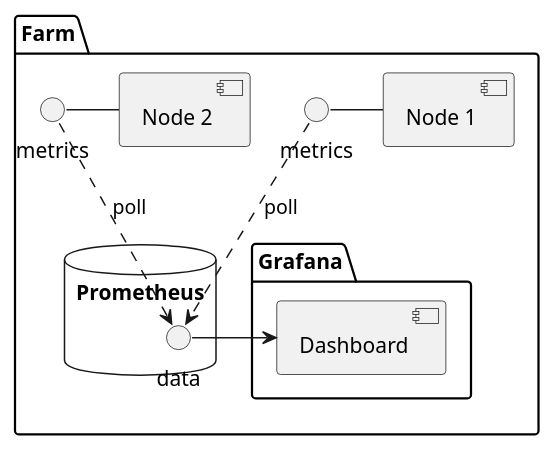
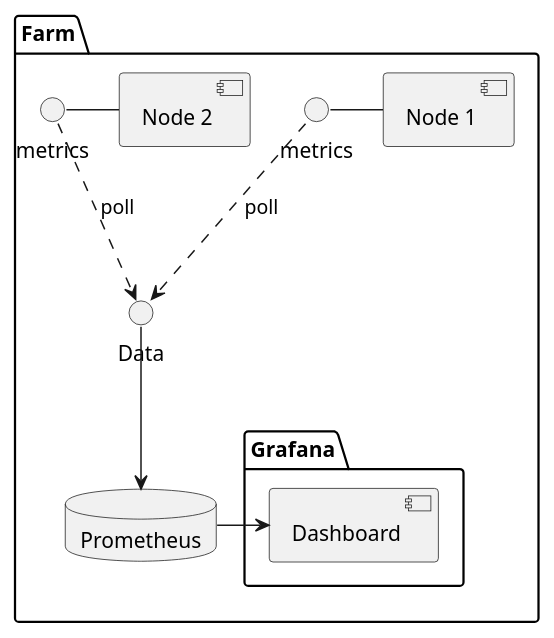
The diagram in docs/metrics/specs/uml/exporter.wsd (threefoldtech/zos), drawn with PlantUML before and after one commit. The commit also changed 5 other files, not shown here.

```diff
--- a/docs/metrics/specs/uml/exporter.wsd
+++ b/docs/metrics/specs/uml/exporter.wsd
@@ -1,20 +1,21 @@
 @startuml
 package "Farm" {
     () "metrics" as m1
     () "metrics" as m2
     [Node 1] as n1
     [Node 2] as n2
 
     m1 - n1
     m2 - n2
 
-    database "Prometheus" {
-        m1 ..> data: poll
-        m2 ..> data: poll
-    }
+    () "Data" as data
+    m1 ..> data: poll
+    m2 ..> data: poll
+    database "Prometheus" as db
+    data -down-> db
 
     folder "Grafana" {
-        data -> [Dashboard]
+        db -> [Dashboard]
     }
 }
 @enduml
```
